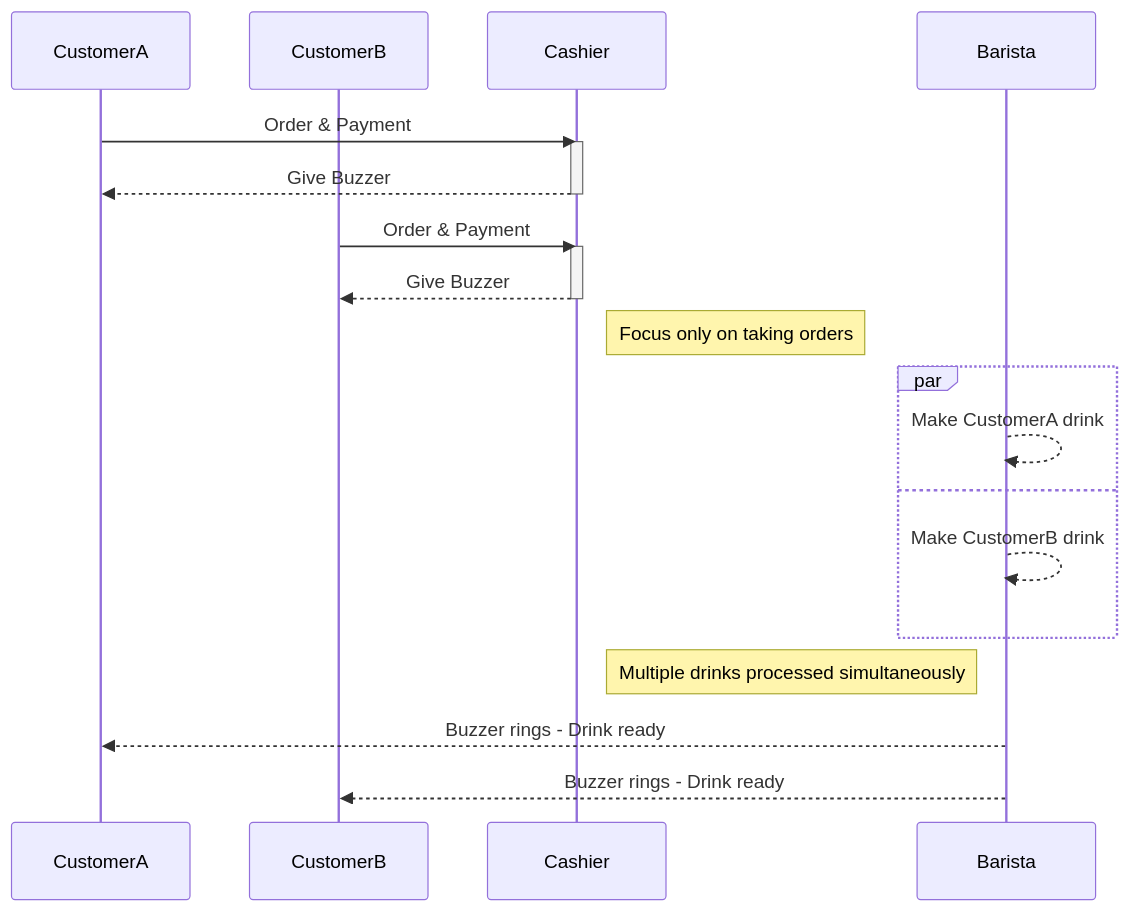
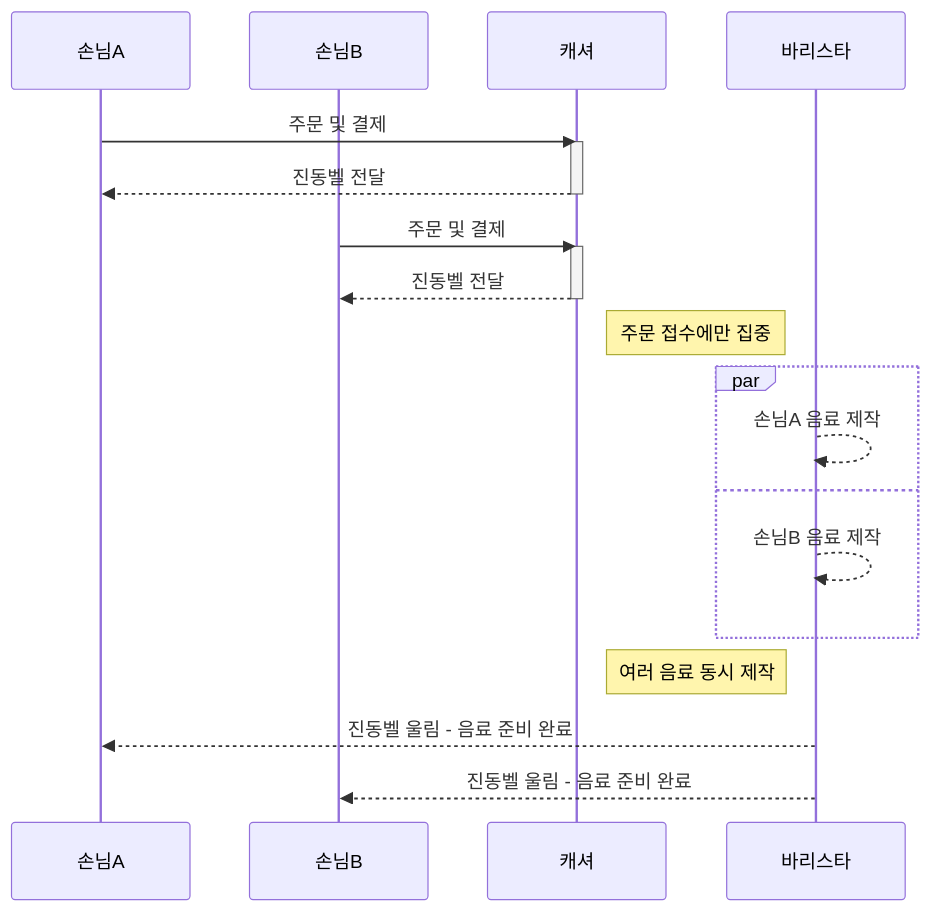
Before and after one commit to Blue-B/Blue-B.github.io: the second of 2 diagrams in _posts/2025-07-30-Node.js-소개.md, drawn with Mermaid. The commit also changed other lines of this file and 1 other file, not shown here.

Commit message:
feat: update mermaid diagrams with Korean text

````diff
--- a/_posts/2025-07-30-Node.js-소개.md
+++ b/_posts/2025-07-30-Node.js-소개.md
@@ -66,30 +66,30 @@
 ```mermaid
 sequenceDiagram
-    participant CustomerA
-    participant CustomerB
-    participant Cashier
-    participant Barista
+    participant 손님A
+    participant 손님B
+    participant 캐셔
+    participant 바리스타
 
-    CustomerA->>Cashier: Order & Payment
-    activate Cashier
-    Cashier-->>CustomerA: Give Buzzer
-    deactivate Cashier
+    손님A->>캐셔: 주문 및 결제
+    activate 캐셔
+    캐셔-->>손님A: 진동벨 전달
+    deactivate 캐셔
 
-    CustomerB->>Cashier: Order & Payment
-    activate Cashier
-    Cashier-->>CustomerB: Give Buzzer
-    deactivate Cashier
+    손님B->>캐셔: 주문 및 결제
+    activate 캐셔
+    캐셔-->>손님B: 진동벨 전달
+    deactivate 캐셔
 
-    note right of Cashier: Focus only on taking orders
+    note right of 캐셔: 주문 접수에만 집중
 
     par
-        Barista-->>Barista: Make CustomerA drink
+        바리스타-->>바리스타: 손님A 음료 제작
     and
-        Barista-->>Barista: Make CustomerB drink
+        바리스타-->>바리스타: 손님B 음료 제작
     end
 
-    note left of Barista: Multiple drinks processed simultaneously
+    note left of 바리스타: 여러 음료 동시 제작
 
-    Barista-->>CustomerA: Buzzer rings - Drink ready
-    Barista-->>CustomerB: Buzzer rings - Drink ready
+    바리스타-->>손님A: 진동벨 울림 - 음료 준비 완료
+    바리스타-->>손님B: 진동벨 울림 - 음료 준비 완료
 ```
````
